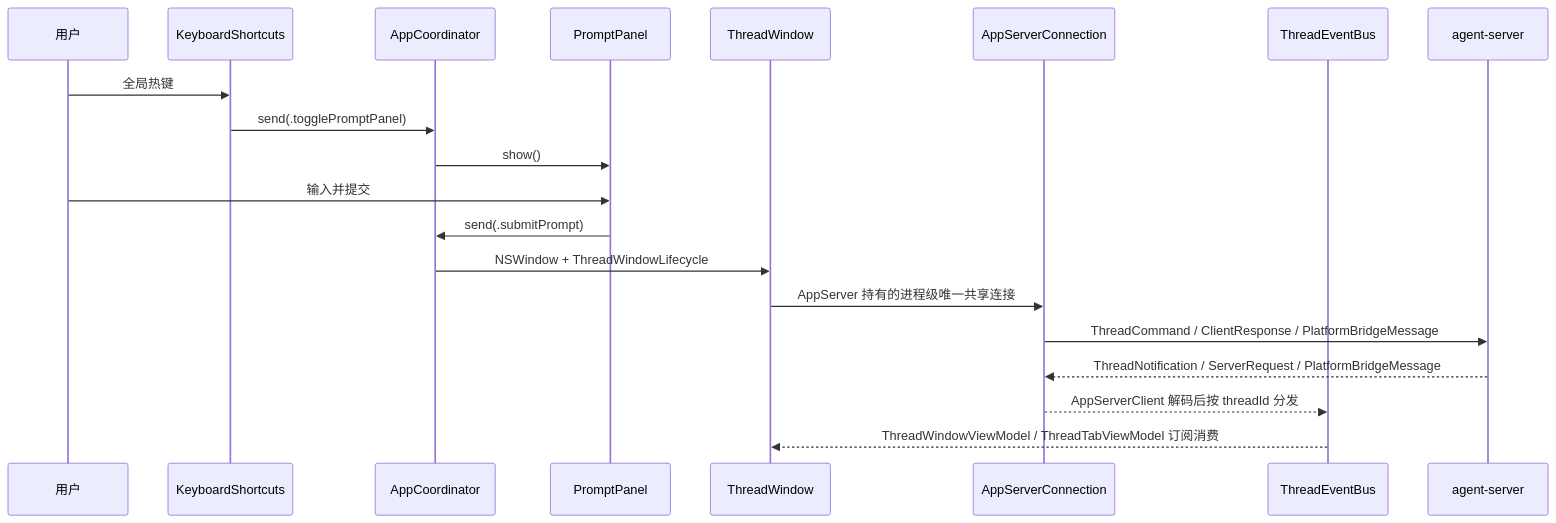
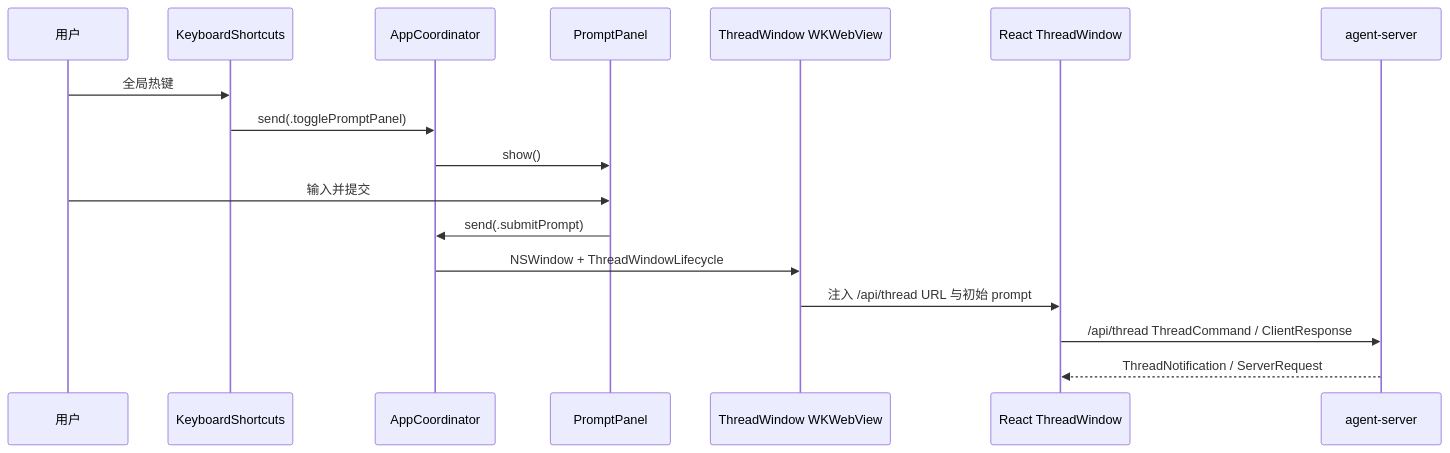
One commit to Lixuhang987/SpotAgent changed the second of 2 diagrams in apps/desktop/desktop.md. Above: the diagram before and after it, drawn with Mermaid. The commit also changed other lines of this file and 13 other files, not shown here.

````diff
--- a/apps/desktop/desktop.md
+++ b/apps/desktop/desktop.md
@@ -100,23 +100,20 @@
 ```mermaid
 sequenceDiagram
   participant User as 用户
   participant Hotkey as KeyboardShortcuts
   participant Coord as AppCoordinator
   participant Panel as PromptPanel
-  participant Window as ThreadWindow
-  participant Conn as AppServerConnection
-  participant Bus as ThreadEventBus
+  participant Window as ThreadWindow WKWebView
+  participant React as React ThreadWindow
   participant Server as agent-server
 
   User->>Hotkey: 全局热键
   Hotkey->>Coord: send(.togglePromptPanel)
   Coord->>Panel: show()
   User->>Panel: 输入并提交
   Panel->>Coord: send(.submitPrompt)
   Coord->>Window: NSWindow + ThreadWindowLifecycle
-  Window->>Conn: AppServer 持有的进程级唯一共享连接
-  Conn->>Server: ThreadCommand / ClientResponse / PlatformBridgeMessage
-  Server-->>Conn: ThreadNotification / ServerRequest / PlatformBridgeMessage
-  Conn-->>Bus: AppServerClient 解码后按 threadId 分发
-  Bus-->>Window: ThreadWindowViewModel / ThreadTabViewModel 订阅消费
+  Window->>React: 注入 /api/thread URL 与初始 prompt
+  React->>Server: /api/thread ThreadCommand / ClientResponse
+  Server-->>React: ThreadNotification / ServerRequest
 ```
````
